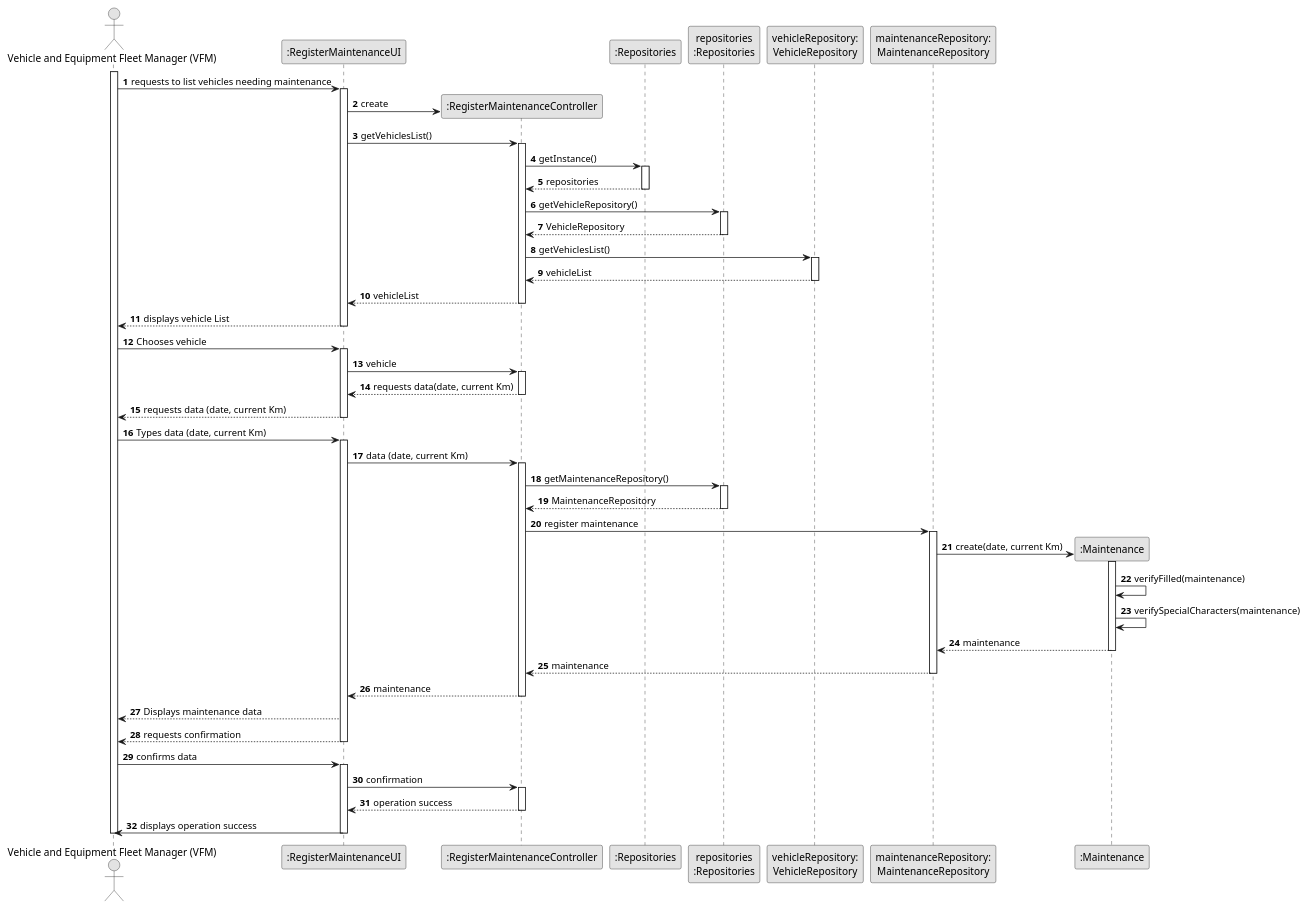
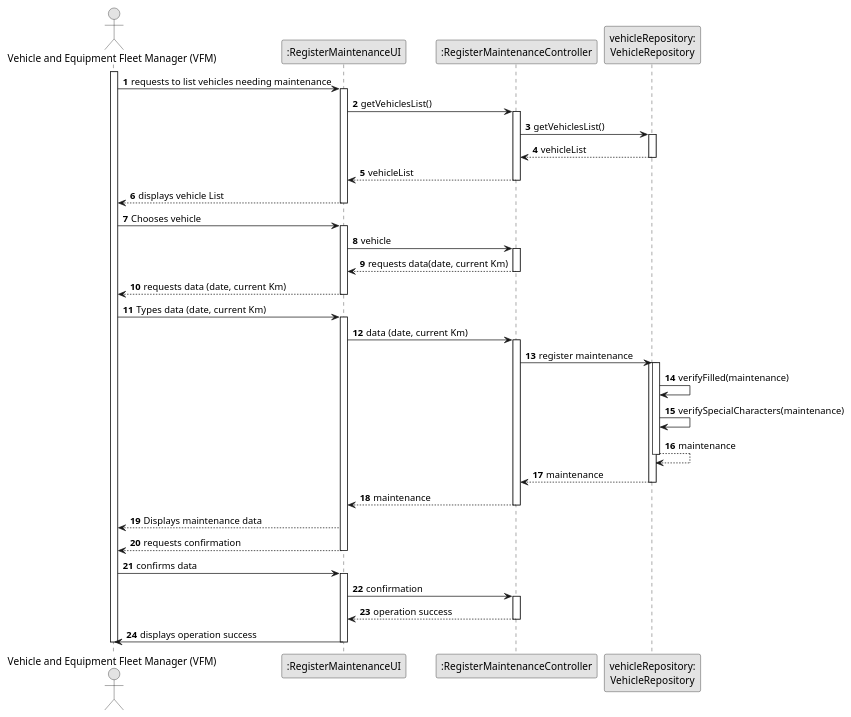
The diagram in docs/sprintB/us007/03.design/puml/us007-sequence-diagram-full.puml (RicardoMorim/lapr2-ISEP-Project), drawn with PlantUML before and after one commit. The commit also changed 1 other file, not shown here.

Commit message:
updated the full diagram of the us007 and us0008

```diff
--- a/docs/sprintB/us007/03.design/puml/us007-sequence-diagram-full.puml
+++ b/docs/sprintB/us007/03.design/puml/us007-sequence-diagram-full.puml
@@ -1,106 +1,81 @@
 @startuml
 skinparam monochrome true
 skinparam packageStyle rectangle
 skinparam shadowing false
 
 autonumber
 
 'hide footbox
 actor "Vehicle and Equipment Fleet Manager (VFM)" as VFM
 participant ":RegisterMaintenanceUI" as UI
 participant ":RegisterMaintenanceController" as CTRL
-participant ":Repositories" as RepositorySingleton
-participant "repositories\n:Repositories" as PLAT
 participant "vehicleRepository:\nVehicleRepository" as VehicleRepository
-participant "maintenanceRepository:\nMaintenanceRepository" as MaintenanceRepository
-participant ":Maintenance" as Maintenance
 
 activate VFM
 
     VFM -> UI : requests to list vehicles needing maintenance
     activate UI
 
-        UI -> CTRL** : create
-
         UI -> CTRL : getVehiclesList()
         activate CTRL
-
-            CTRL -> RepositorySingleton : getInstance()
-            activate RepositorySingleton
-
-                RepositorySingleton --> CTRL: repositories
-            deactivate RepositorySingleton
-
-            CTRL -> PLAT : getVehicleRepository()
-            activate PLAT
-
-                PLAT --> CTRL: VehicleRepository
-            deactivate PLAT
 
             CTRL -> VehicleRepository : getVehiclesList()
             activate VehicleRepository
 
                 VehicleRepository --> CTRL : vehicleList
             deactivate VehicleRepository
 
             CTRL --> UI : vehicleList
             deactivate CTRL
 
             UI --> VFM : displays vehicle List
             deactivate UI
 
             VFM -> UI : Chooses vehicle
             activate UI
 
             UI -> CTRL : vehicle
             activate CTRL
 
             CTRL --> UI : requests data(date, current Km)
             deactivate CTRL
 
             UI --> VFM : requests data (date, current Km)
             deactivate
 
             VFM -> UI : Types data (date, current Km)
             activate UI
 
             UI -> CTRL : data (date, current Km)
             activate CTRL
 
-            CTRL -> PLAT : getMaintenanceRepository()
-            activate PLAT
+            CTRL -> VehicleRepository : register maintenance
+            activate VehicleRepository
 
-            PLAT --> CTRL : MaintenanceRepository
-            deactivate
+            activate VehicleRepository
 
-            CTRL -> MaintenanceRepository : register maintenance
-            activate MaintenanceRepository
-
-            MaintenanceRepository -> Maintenance** : create(date, current Km)
-            activate Maintenance
-
-               Maintenance -> Maintenance : verifyFilled(maintenance)
-               Maintenance -> Maintenance : verifySpecialCharacters(maintenance)
-               Maintenance --> MaintenanceRepository : maintenance
+               VehicleRepository -> VehicleRepository : verifyFilled(maintenance)
+               VehicleRepository -> VehicleRepository : verifySpecialCharacters(maintenance)
+               VehicleRepository --> VehicleRepository : maintenance
                deactivate
-               MaintenanceRepository --> CTRL : maintenance
+               VehicleRepository --> CTRL : maintenance
                deactivate
                CTRL --> UI : maintenance
                deactivate
                UI --> VFM : Displays maintenance data
                UI --> VFM : requests confirmation
                deactivate
                VFM -> UI : confirms data
                activate UI
 
                UI -> CTRL : confirmation
                activate CTRL
 
                CTRL --> UI : operation success
                deactivate
                UI -> VFM : displays operation success
                deactivate
 
                deactivate VFM
 
 @enduml
```
